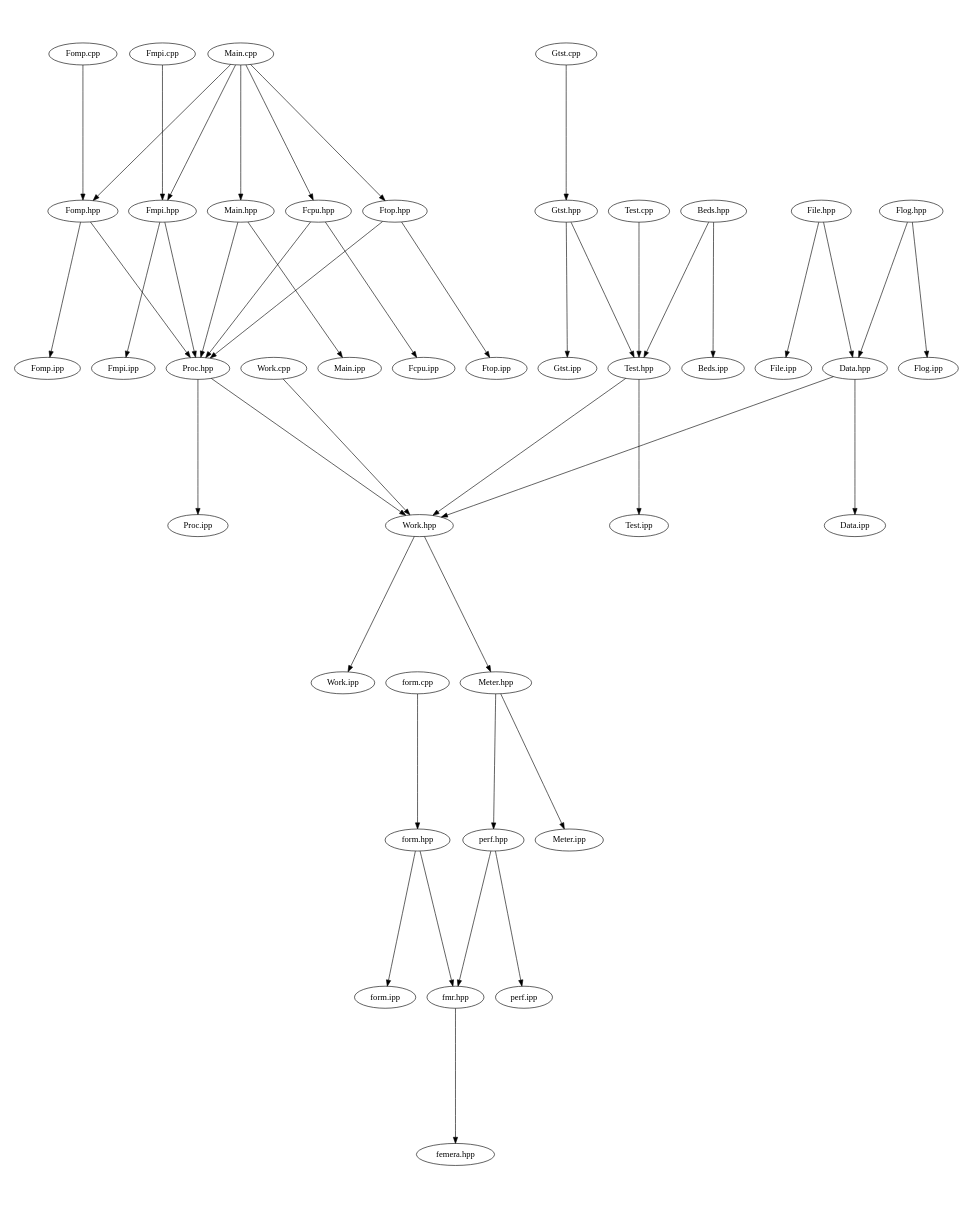
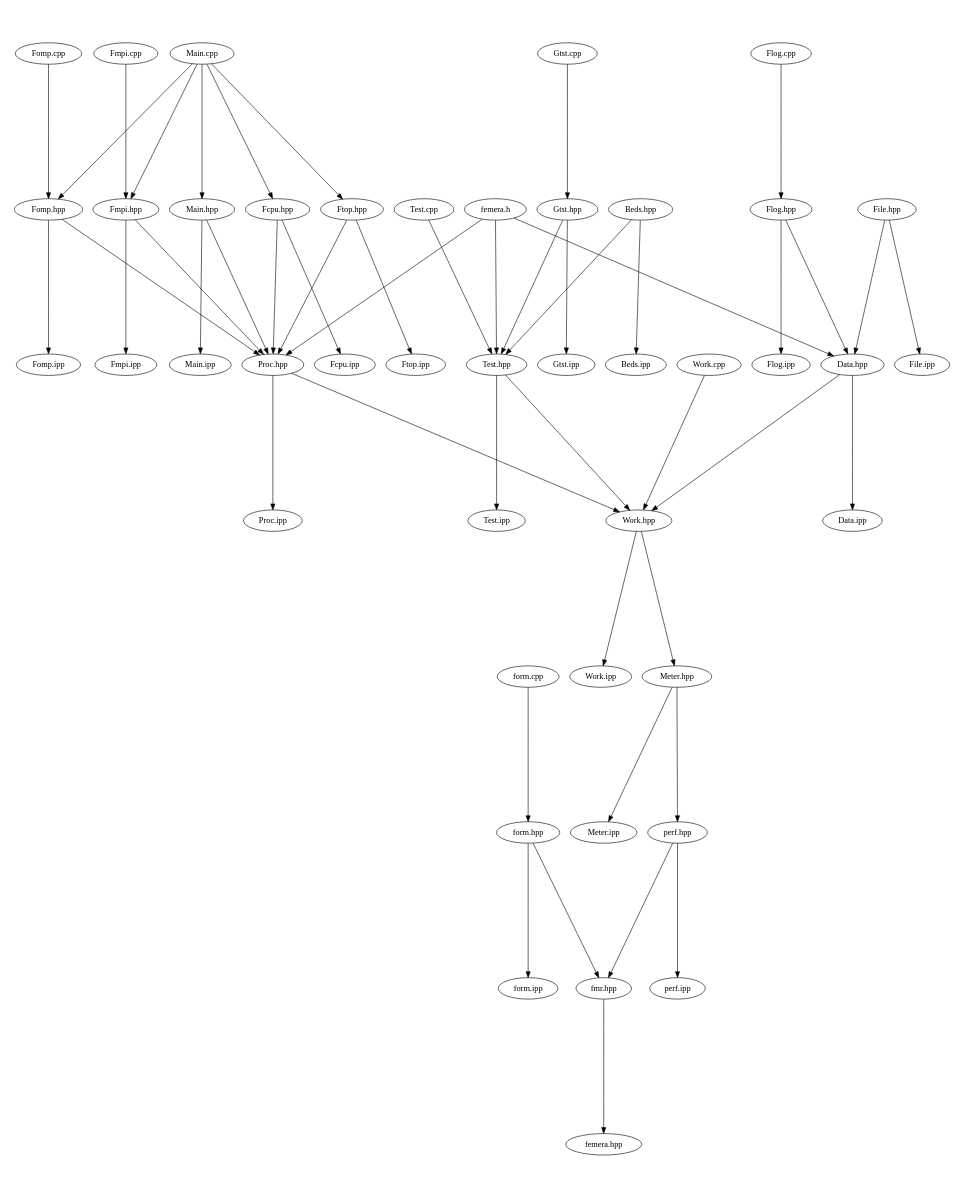
One commit to waggyz/femera-mini-app changed the diagram in src/docs/src-notest.dot. Above: the diagram before and after it, drawn with Graphviz. The commit also changed 26 other files, not shown here.

```diff
--- a/src/docs/src-notest.dot
+++ b/src/docs/src-notest.dot
@@ -1,52 +1,56 @@
 digraph "source tree" {
     overlap=scale;
     size="8,10";
     ratio="fill";
     fontsize="16";
     fontname="Helvetica";
 	clusterrank="local";
 	"Meter.hpp" -> "perf.hpp"
 	"Main.cpp" -> "Fomp.hpp"
-	"Fomp.hpp" -> "Fomp.ipp"
-	"Gtst.hpp" -> "Gtst.ipp"
 	"Fmpi.hpp" -> "Fmpi.ipp"
 	"Fomp.cpp" -> "Fomp.hpp"
-	"form.cpp" -> "form.hpp"
-	"perf.hpp" -> "perf.ipp"
-	"Fmpi.cpp" -> "Fmpi.hpp"
 	"Main.cpp" -> "Main.hpp"
-	"Fcpu.hpp" -> "Fcpu.ipp"
-	"Work.cpp" -> "Work.hpp"
-	"Main.hpp" -> "Main.ipp"
+	"femera.h" -> "Data.hpp"
+	"femera.h" -> "Proc.hpp"
 	"Proc.hpp" -> "Proc.ipp"
-	"Test.cpp" -> "Test.hpp"
 	"Main.cpp" -> "Fmpi.hpp"
 	"Main.cpp" -> "Fcpu.hpp"
 	"Ftop.hpp" -> "Ftop.ipp"
 	"perf.hpp" -> "fmr.hpp"
-	"Ftop.hpp" -> "Proc.hpp"
 	"Data.hpp" -> "Data.ipp"
-	"File.hpp" -> "Data.hpp"
 	"Work.hpp" -> "Work.ipp"
+	"femera.h" -> "Test.hpp"
 	"Main.cpp" -> "Ftop.hpp"
+	"Fmpi.hpp" -> "Proc.hpp"
 	"Test.hpp" -> "Work.hpp"
-	"Fmpi.hpp" -> "Proc.hpp"
-	"Beds.hpp" -> "Test.hpp"
-	"fmr.hpp" -> "femera.hpp"
 	"form.hpp" -> "form.ipp"
-	"form.hpp" -> "fmr.hpp"
-	"Proc.hpp" -> "Work.hpp"
 	"Gtst.cpp" -> "Gtst.hpp"
-	"Gtst.hpp" -> "Test.hpp"
-	"Data.hpp" -> "Work.hpp"
-	"Beds.hpp" -> "Beds.ipp"
-	"Work.hpp" -> "Meter.hpp"
 	"Fcpu.hpp" -> "Proc.hpp"
 	"Fomp.hpp" -> "Proc.hpp"
 	"Flog.hpp" -> "Data.hpp"
+	"File.hpp" -> "File.ipp"
+	"Meter.hpp" -> "Meter.ipp"
+	"Fomp.hpp" -> "Fomp.ipp"
+	"Gtst.hpp" -> "Gtst.ipp"
+	"form.cpp" -> "form.hpp"
+	"perf.hpp" -> "perf.ipp"
+	"Fmpi.cpp" -> "Fmpi.hpp"
+	"Fcpu.hpp" -> "Fcpu.ipp"
+	"Work.cpp" -> "Work.hpp"
+	"Main.hpp" -> "Main.ipp"
+	"Test.cpp" -> "Test.hpp"
+	"Ftop.hpp" -> "Proc.hpp"
+	"File.hpp" -> "Data.hpp"
+	"fmr.hpp" -> "femera.hpp"
+	"Beds.hpp" -> "Test.hpp"
+	"Proc.hpp" -> "Work.hpp"
+	"form.hpp" -> "fmr.hpp"
+	"Gtst.hpp" -> "Test.hpp"
+	"Data.hpp" -> "Work.hpp"
+	"Flog.cpp" -> "Flog.hpp"
+	"Beds.hpp" -> "Beds.ipp"
+	"Work.hpp" -> "Meter.hpp"
 	"Main.hpp" -> "Proc.hpp"
-	"File.hpp" -> "File.ipp"
+	"Test.hpp" -> "Test.ipp"
 	"Flog.hpp" -> "Flog.ipp"
-	"Meter.hpp" -> "Meter.ipp"
-	"Test.hpp" -> "Test.ipp"
 }
```
